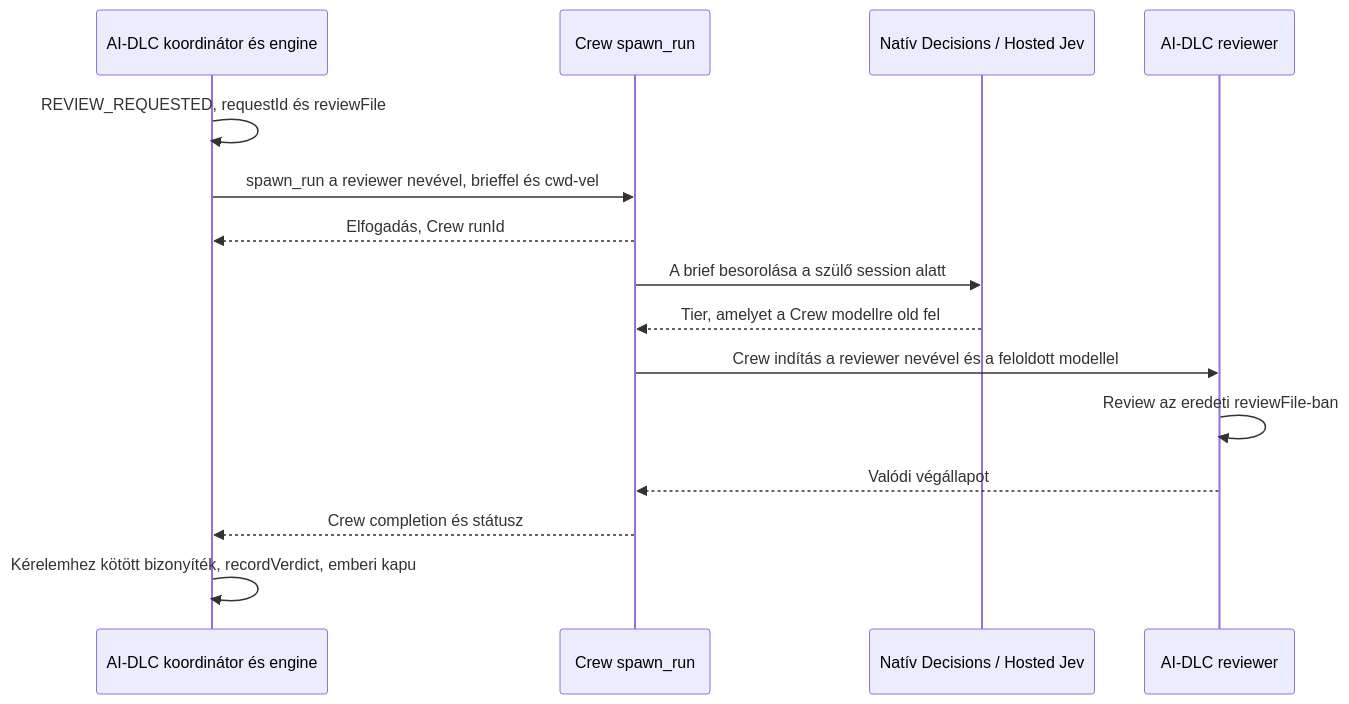
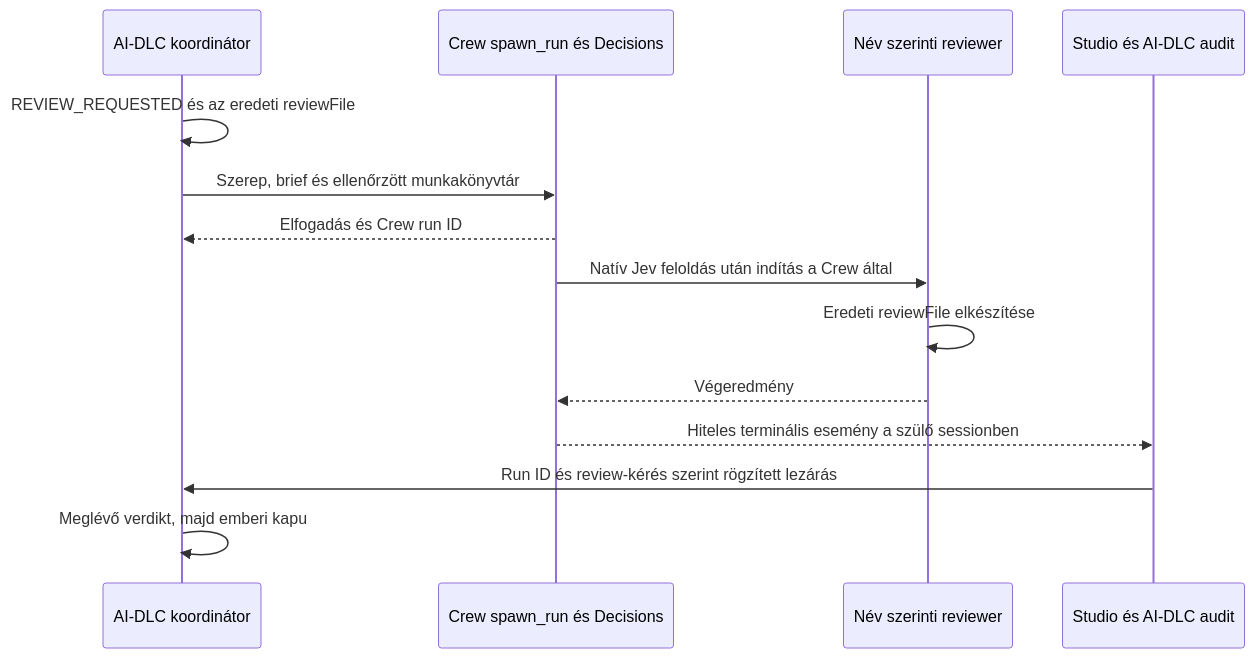
Before and after one commit to Zsombor0918/MultiAgenticSystem: the diagram in docs/NATIVE_DECISIONS_INTEGRATION.md, drawn with Mermaid. The commit also changed other lines of this file and 1 other file, not shown here.

Commit message:
docs: finalize native Jev routing implementation plan

````diff
--- a/docs/NATIVE_DECISIONS_INTEGRATION.md
+++ b/docs/NATIVE_DECISIONS_INTEGRATION.md
@@ -11,17 +26,16 @@
 ```mermaid
 sequenceDiagram
-    participant A as AI-DLC koordinátor és engine
-    participant C as Crew spawn_run
-    participant J as Natív Decisions / Hosted Jev
-    participant W as AI-DLC reviewer
-    A->>A: REVIEW_REQUESTED, requestId és reviewFile
-    A->>C: spawn_run a reviewer nevével, brieffel és cwd-vel
-    C-->>A: Elfogadás, Crew runId
-    C->>J: A brief besorolása a szülő session alatt
-    J-->>C: Tier, amelyet a Crew modellre old fel
-    C->>W: Crew indítás a reviewer nevével és a feloldott modellel
-    W->>W: Review az eredeti reviewFile-ban
-    W-->>C: Valódi végállapot
-    C-->>A: Crew completion és státusz
-    A->>A: Kérelemhez kötött bizonyíték, recordVerdict, emberi kapu
+    participant A as AI-DLC koordinátor
+    participant C as Crew spawn_run és Decisions
+    participant W as Név szerinti reviewer
+    participant S as Studio és AI-DLC audit
+    A->>A: REVIEW_REQUESTED és az eredeti reviewFile
+    A->>C: Szerep, brief és ellenőrzött munkakönyvtár
+    C-->>A: Elfogadás és Crew run ID
+    C->>W: Natív Jev feloldás után indítás a Crew által
+    W->>W: Eredeti reviewFile elkészítése
+    W-->>C: Végeredmény
+    C-->>S: Hiteles terminális esemény a szülő sessionben
+    S->>A: Run ID és review-kérés szerint rögzített lezárás
+    A->>A: Meglévő verdikt, majd emberi kapu
 ```
````
